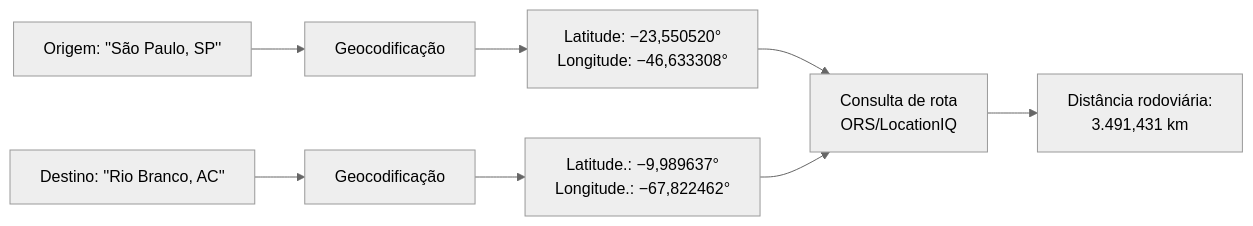
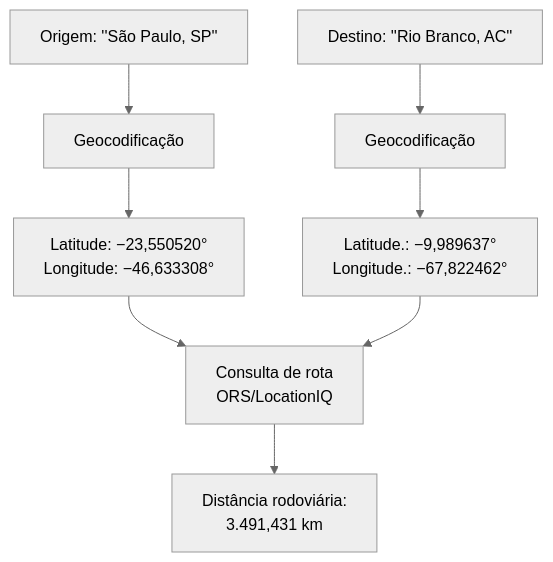
Before and after one commit to pennylanesccp/cabotage-lens: the third of 9 diagrams in docs/tf_technical_article_draft.md, drawn with Mermaid (neutral theme). The commit also changed other lines of this file, not shown here.

````diff
--- a/docs/tf_technical_article_draft.md
+++ b/docs/tf_technical_article_draft.md
@@ -530,8 +530,8 @@
 ```mermaid
-flowchart LR
+flowchart TB
     A["Origem: ''São Paulo, SP''"] --> R["Geocodificação"]
     B["Destino: ''Rio Branco, AC''"] --> S["Geocodificação"]
     R --> C["Latitude: −23,550520°<br/>Longitude: −46,633308°"] --> T["Consulta de rota<br/>ORS/LocationIQ"]
     S --> D["Latitude.: −9,989637°<br/>Longitude.: −67,822462°"]  --> T
     T --> E["Distância rodoviária:<br/>3.491,431 km"]
 ```
````
